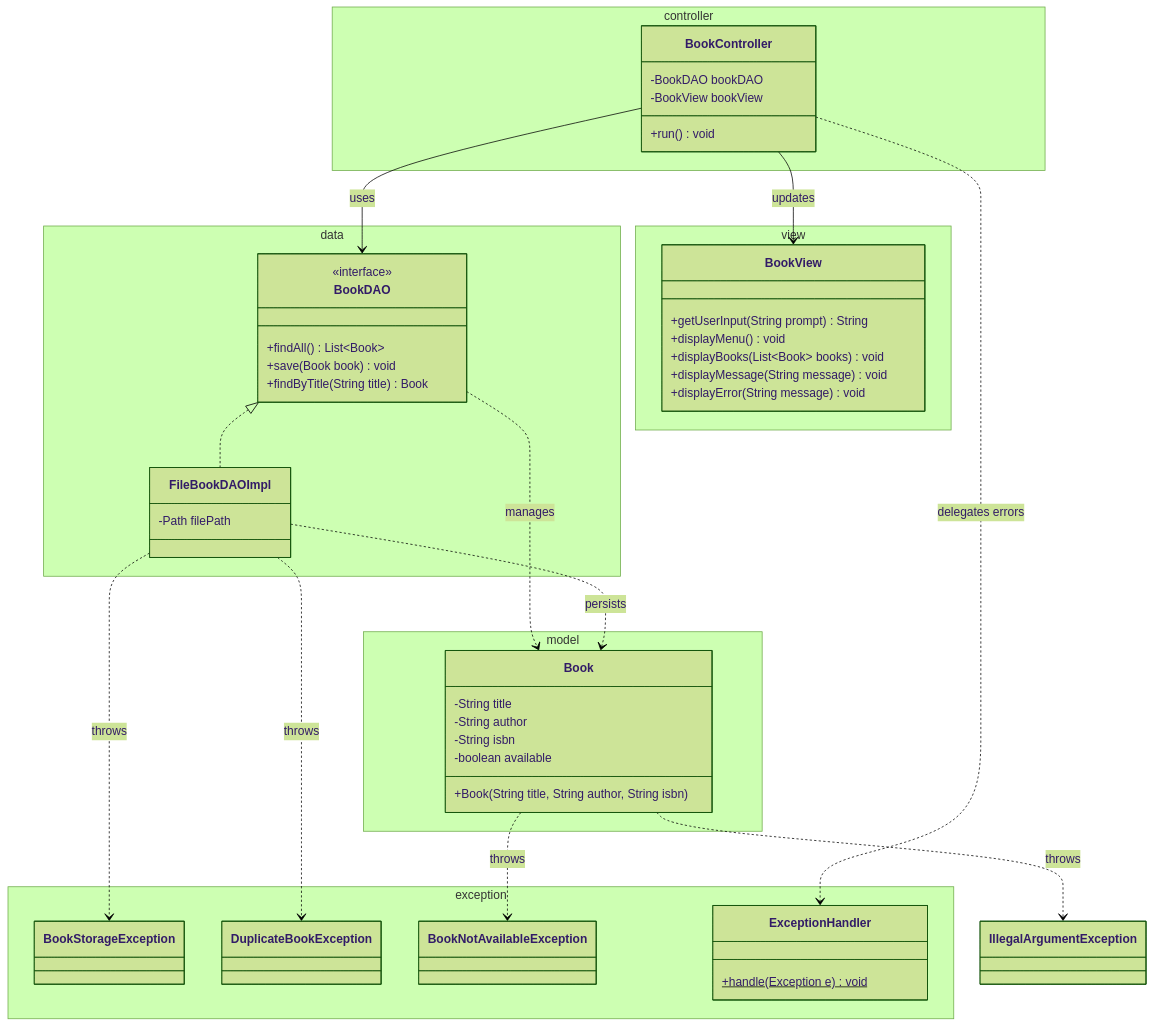
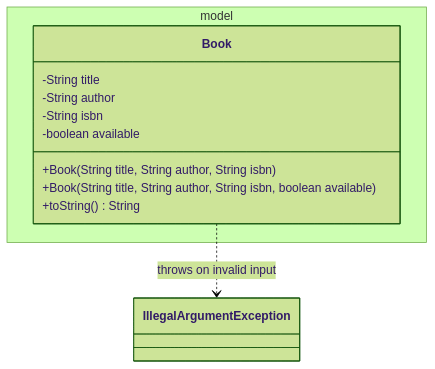
The diagram in README.md (ihabau/Lexicon_WS_Exception), drawn with Mermaid (forest theme) before and after one commit. The commit also changed other lines of this file and 1 other file, not shown here.

Commit message:
Docs: step 1 worksheet (Library Books) - model + validation, flowcharts, 12 hints

````diff
--- a/README.md
+++ b/README.md
@@ -7,64 +27,15 @@
 ```mermaid
 classDiagram
     namespace model {
         class Book {
             -String title
             -String author
             -String isbn
             -boolean available
             +Book(String title, String author, String isbn)
+            +Book(String title, String author, String isbn, boolean available)
+            +toString() String
         }
     }
-
-    namespace data {
-        class BookDAO {
-            <<interface>>
-            +findAll() List~Book~
-            +save(Book book) void
-            +findByTitle(String title) Book
-        }
-        class FileBookDAOImpl {
-            -Path filePath
-        }
-    }
-
-    namespace view {
-        class BookView {
-            +getUserInput(String prompt) String
-            +displayMenu() void
-            +displayBooks(List~Book~ books) void
-            +displayMessage(String message) void
-            +displayError(String message) void
-        }
-    }
-
-    namespace controller {
-        class BookController {
-            -BookDAO bookDAO
-            -BookView bookView
-            +run() void
-        }
-    }
-
-    namespace exception {
-        class BookStorageException { }
-        class DuplicateBookException { }
-        class BookNotAvailableException { }
-        class ExceptionHandler {
-            +handle(Exception e)$ void
-        }
-    }
-
-    BookDAO <|.. FileBookDAOImpl
-    BookController --> BookDAO : uses
-    BookController --> BookView : updates
-    BookController ..> ExceptionHandler : delegates errors
-
-    BookDAO ..> Book : manages
-    FileBookDAOImpl ..> Book : persists
-
-    Book ..> IllegalArgumentException : throws
-    FileBookDAOImpl ..> BookStorageException : throws
-    FileBookDAOImpl ..> DuplicateBookException : throws
-    Book ..> BookNotAvailableException : throws
+    Book ..> IllegalArgumentException : throws on invalid input
 ```
````
